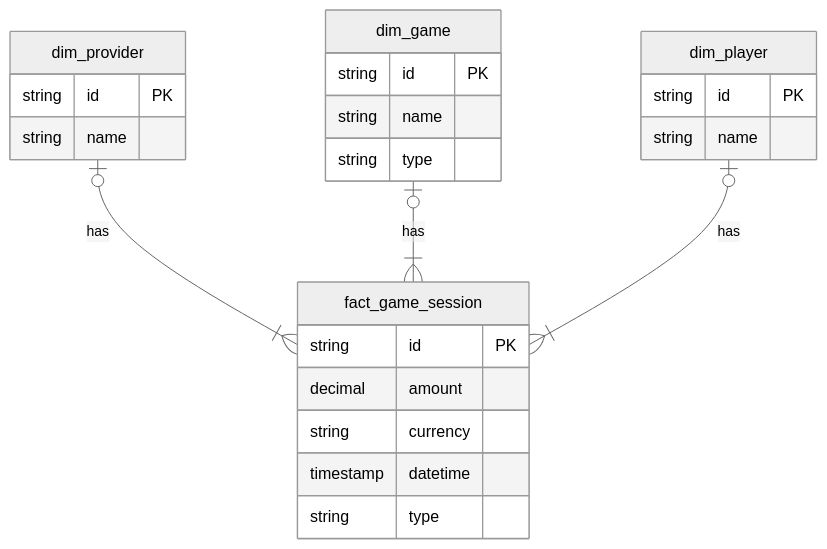
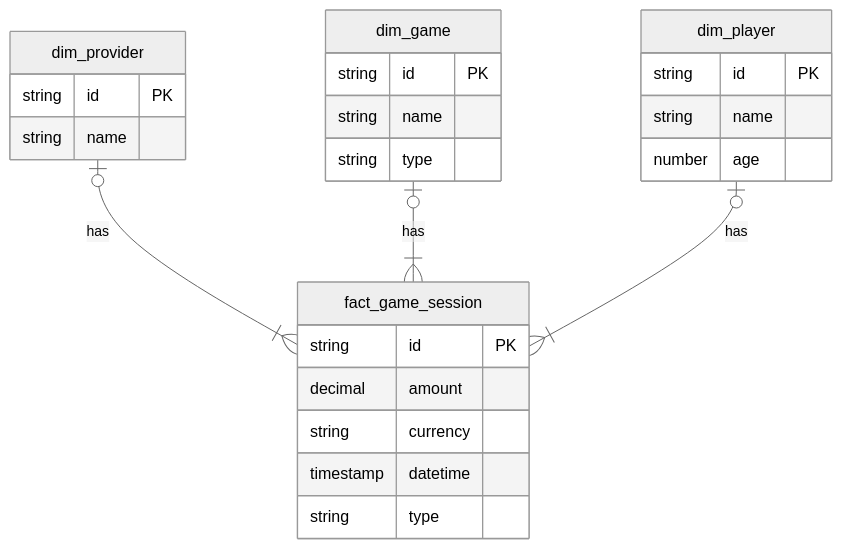
One commit to DaikoneKisu/mineros changed the diagram in docs/olap_diagram.mmd. Above: the diagram before and after it, drawn with Mermaid (neutral theme).

Commit message:
Add age to player in olap diagram

```diff
--- a/docs/olap_diagram.mmd
+++ b/docs/olap_diagram.mmd
@@ -1,28 +1,29 @@
 erDiagram
     fact_game_session {
         string id PK
         decimal amount
         string currency
         timestamp datetime
         string type
     }
 
     dim_provider {
         string id PK
         string name
     }
 
     dim_game {
         string id PK
         string name
         string type
     }
 
     dim_player {
         string id PK
         string name
+        number age
     }
 
     dim_provider o|--|{ fact_game_session : has
     dim_game o|--|{ fact_game_session : has
     dim_player o|--|{ fact_game_session : has
```
